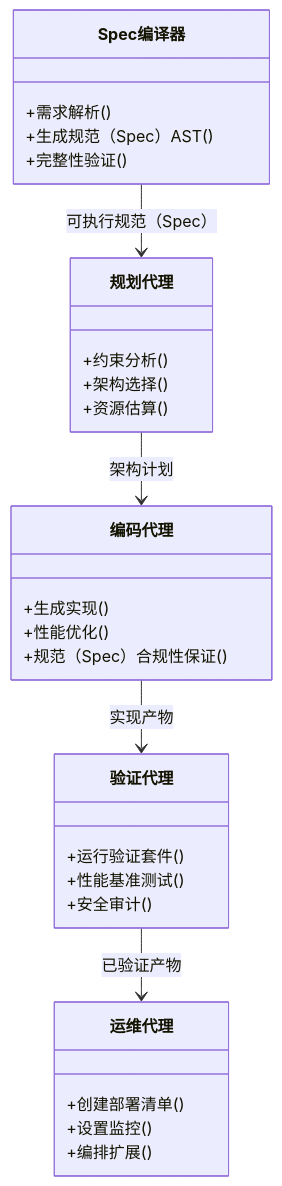
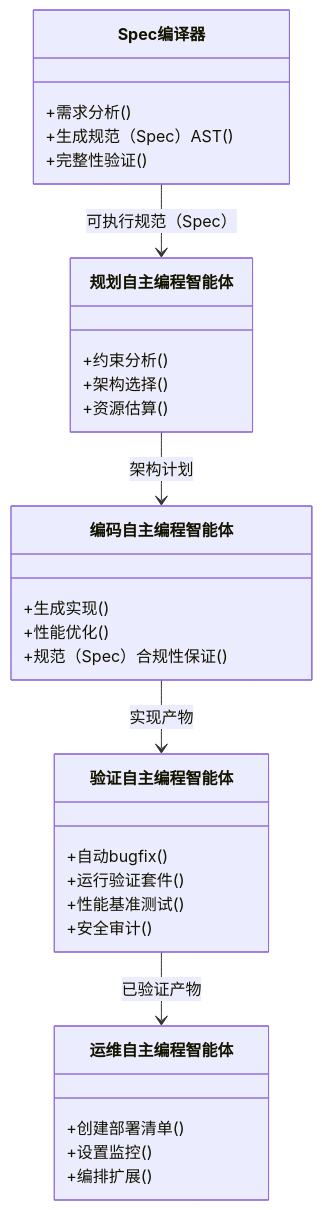
Before and after one commit to ouyangshixiong/context-engineering-zh: the second of 10 diagrams in README.md, drawn with Mermaid. The commit also changed other lines of this file and 6 other files, not shown here.

````diff
--- a/README.md
+++ b/README.md
@@ -71,37 +70,38 @@
 ```mermaid
 classDiagram
     class Spec编译器 {
-        +需求解析()
+        +需求分析()
         +生成规范（Spec）AST()
         +完整性验证()
     }
     
-    class 规划代理 {
+    class 规划自主编程智能体 {
         +约束分析()
         +架构选择()
         +资源估算()
     }
     
-    class 编码代理 {
+    class 编码自主编程智能体 {
         +生成实现()
         +性能优化()
         +规范（Spec）合规性保证()
     }
     
-    class 验证代理 {
+    class 验证自主编程智能体 {
+        +自动bugfix()
         +运行验证套件()
         +性能基准测试()
         +安全审计()
     }
     
-    class 运维代理 {
+    class 运维自主编程智能体 {
         +创建部署清单()
         +设置监控()
         +编排扩展()
     }
     
-    Spec编译器 --> 规划代理 : 可执行规范（Spec）
-    规划代理 --> 编码代理 : 架构计划
-    编码代理 --> 验证代理 : 实现产物
-    验证代理 --> 运维代理 : 已验证产物
+    Spec编译器 --> 规划自主编程智能体 : 可执行规范（Spec）
+    规划自主编程智能体 --> 编码自主编程智能体 : 架构计划
+    编码自主编程智能体 --> 验证自主编程智能体 : 实现产物
+    验证自主编程智能体 --> 运维自主编程智能体 : 已验证产物
 ```
````
